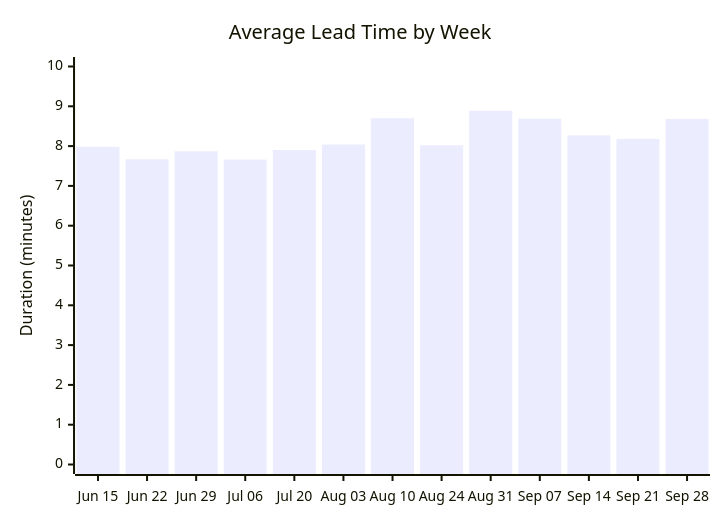
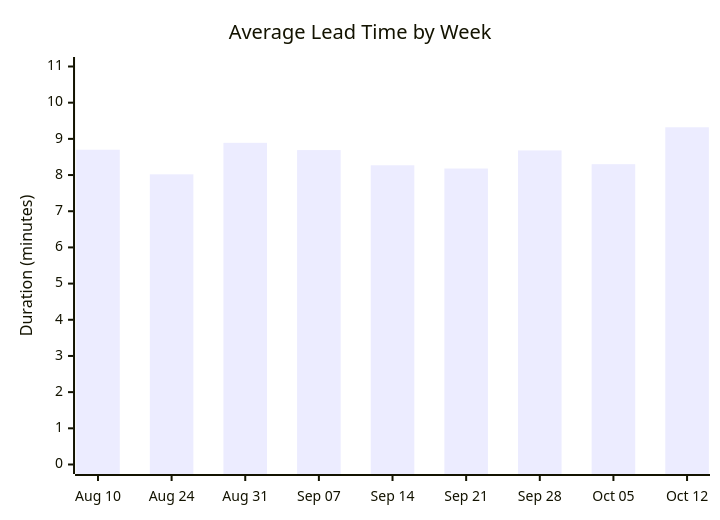
Before and after one commit to ukma-cs-ssdm-2025/rate-ukma: the second of 4 diagrams in docs/ci-cd/dora-summary.md, drawn with Mermaid. The commit also changed other lines of this file, not shown here.

````diff
--- a/docs/ci-cd/dora-summary.md
+++ b/docs/ci-cd/dora-summary.md
@@ -29,7 +31,7 @@
 ```mermaid
 xychart-beta
     title "Average Lead Time by Week"
-    x-axis ["Jun 15", "Jun 22", "Jun 29", "Jul 06", "Jul 20", "Aug 03", "Aug 10", "Aug 24", "Aug 31", "Sep 07", "Sep 14", "Sep 21", "Sep 28"]
-    y-axis "Duration (minutes)" 0 --> 10
-    bar [7.98, 7.67, 7.87, 7.66, 7.90, 8.04, 8.70, 8.02, 8.89, 8.69, 8.27, 8.18, 8.68]
+    x-axis ["Aug 10", "Aug 24", "Aug 31", "Sep 07", "Sep 14", "Sep 21", "Sep 28", "Oct 05", "Oct 12"]
+    y-axis "Duration (minutes)" 0 --> 11
+    bar [8.70, 8.02, 8.89, 8.69, 8.27, 8.18, 8.68, 8.30, 9.32]
 ```
````
